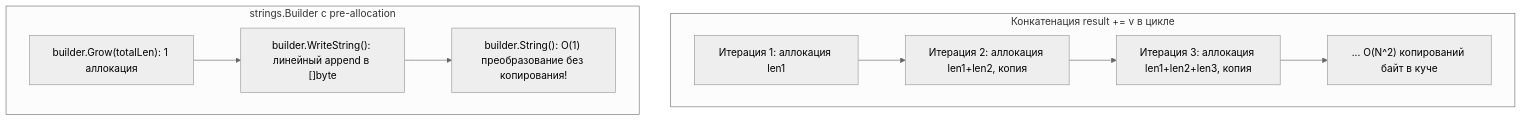
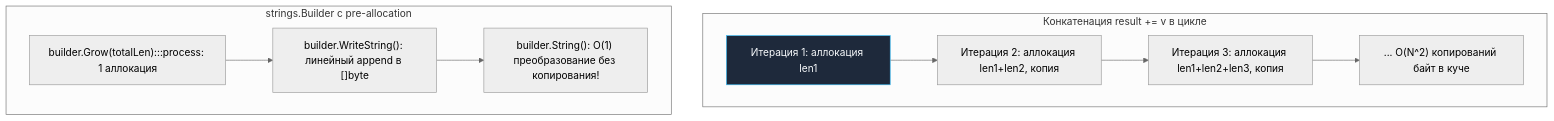
Before and after one commit to UnrealTemplier/go-textbook: the second of 2 diagrams in sources/7. Глубокий Go (Внутреннее устройство)/34. Внутреннее устройство string.md, drawn with Mermaid (neutral theme). The commit also changed 1666 other files, not shown here.

First line of the commit message:
feat(mermaid): add semantic color classDef to 1369 colorless flowchart/graph diagrams

````diff
--- a/sources/7. Глубокий Go (Внутреннее устройство)/34. Внутреннее устройство string.md
+++ b/sources/7. Глубокий Go (Внутреннее устройство)/34. Внутреннее устройство string.md
@@ -180,13 +180,23 @@
 ```mermaid
 flowchart TD
+    classDef process  fill:#1e293b,stroke:#38bdf8,stroke-width:1px,color:#f8fafc
+    classDef success  fill:#064e3b,stroke:#34d399,stroke-width:1px,color:#f8fafc
+    classDef error    fill:#7f1d1d,stroke:#f87171,stroke-width:1px,color:#f8fafc
+    classDef warning  fill:#78350f,stroke:#fbbf24,stroke-width:1px,color:#f8fafc
+    classDef entry    fill:#1e3a5f,stroke:#38bdf8,stroke-width:2px,color:#f8fafc
+    classDef aux      fill:#334155,stroke:#64748b,stroke-width:1px,color:#f8fafc
+    classDef system   fill:#312e81,stroke:#a78bfa,stroke-width:1px,color:#f8fafc
+    classDef data     fill:#132d29,stroke:#2dd4bf,stroke-width:1px,color:#f8fafc
+    classDef network  fill:#881337,stroke:#fb7185,stroke-width:1px,color:#f8fafc
+    classDef accent   fill:#1e1b4b,stroke:#818cf8,stroke-width:1px,color:#f8fafc
     subgraph BAD ["Конкатенация result += v в цикле"]
-        A1["Итерация 1: аллокация len1"] --> A2["Итерация 2: аллокация len1+len2, копия"]
+        A1["Итерация 1: аллокация len1"]:::process --> A2["Итерация 2: аллокация len1+len2, копия"]
         A2 --> A3["Итерация 3: аллокация len1+len2+len3, копия"]
         A3 --> A4["... O(N^2) копирований байт в куче"]
     end
     
     subgraph GOOD ["strings.Builder с pre-allocation"]
-        B1["builder.Grow(totalLen): 1 аллокация"] --> B2["builder.WriteString(): линейный append в []byte"]
+        B1["builder.Grow(totalLen):::process: 1 аллокация"] --> B2["builder.WriteString(): линейный append в []byte"]
         B2 --> B3["builder.String(): O(1) преобразование без копирования!"]
     end
 ```
````
